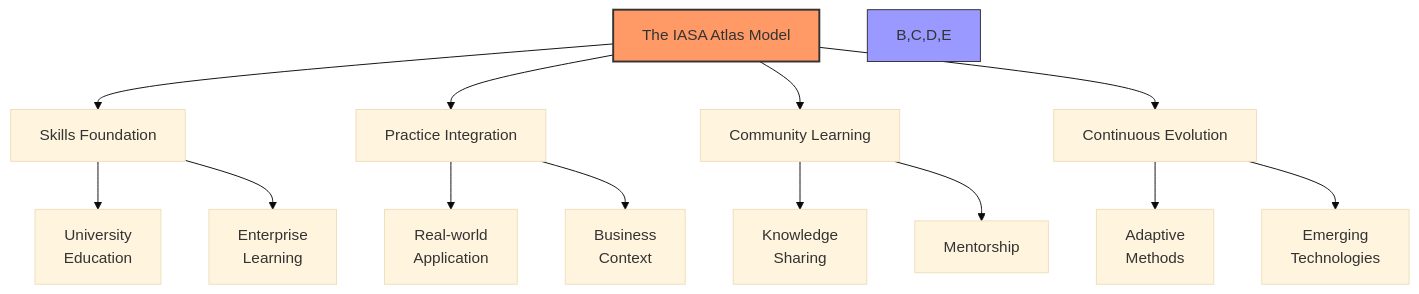
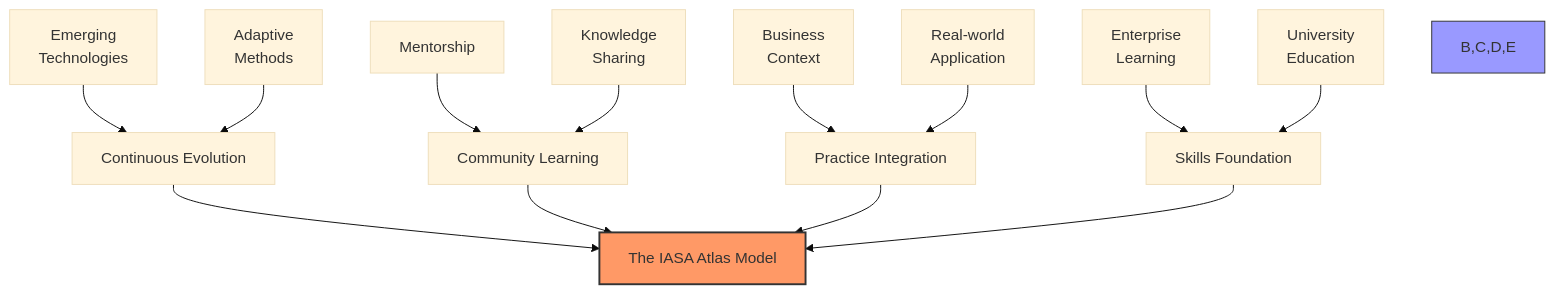
The fifth of 6 diagrams in cio-may.md (AliceNN-ucdenver/Iasa), drawn with Mermaid (base theme) before and after one commit. The commit also changed other lines of this file, not shown here.

````diff
--- a/cio-may.md
+++ b/cio-may.md
@@ -149,22 +157,22 @@
 ```mermaid
 graph TD
-    A[The IASA Atlas Model] --> B[Skills Foundation]
-    A --> C[Practice Integration]
-    A --> D[Community Learning]
-    A --> E[Continuous Evolution]
+    E2["Emerging<br>Technologies"] --> E["Continuous Evolution"]
+    E1["Adaptive<br>Methods"] --> E
     
-    B --> B1[University<br>Education]
-    B --> B2[Enterprise<br>Learning]
+    D2["Mentorship"] --> D["Community Learning"]
+    D1["Knowledge<br>Sharing"] --> D
     
-    C --> C1[Real-world<br>Application]
-    C --> C2[Business<br>Context]
+    C2["Business<br>Context"] --> C["Practice Integration"]
+    C1["Real-world<br>Application"] --> C
     
-    D --> D1[Knowledge<br>Sharing]
-    D --> D2[Mentorship]
+    B2["Enterprise<br>Learning"] --> B["Skills Foundation"]
+    B1["University<br>Education"] --> B
     
-    E --> E1[Adaptive<br>Methods]
-    E --> E2[Emerging<br>Technologies]
+    E --> A["The IASA Atlas Model"]
+    D --> A
+    C --> A
+    B --> A
     
     style A fill:#f96,stroke:#333,stroke-width:2px
     style B,C,D,E fill:#99f,stroke:#333,stroke-width:1px
 ```
````
